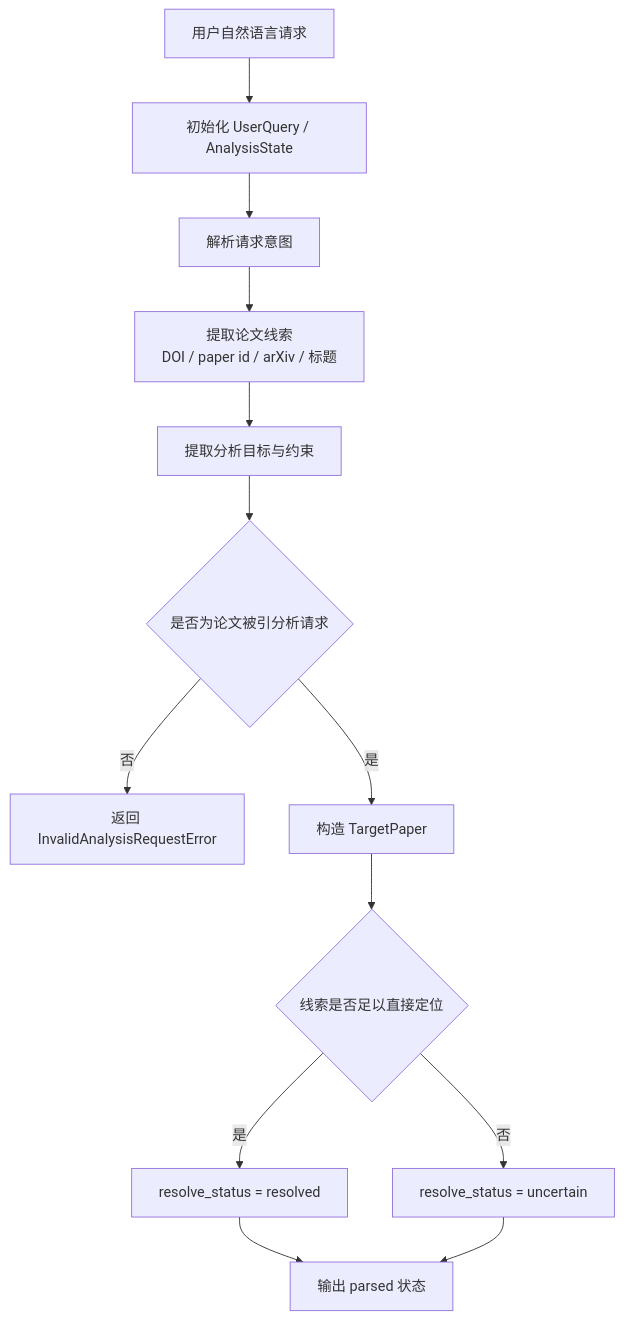
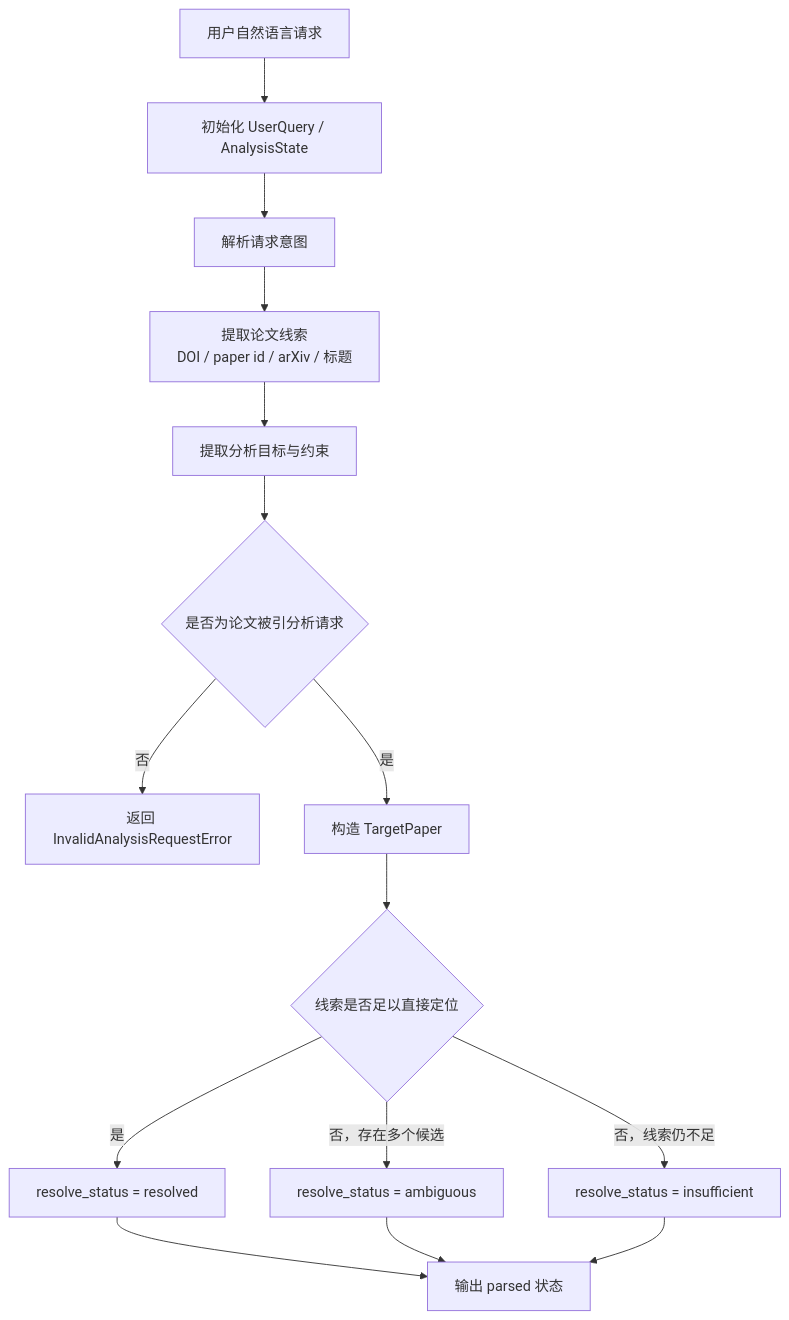
One commit to TimMCBen/CiteAnalyzer-Agent changed the diagram in docs/exec-plans/active/2026-04-24-citation-analysis-mvp.md. Above: the diagram before and after it, drawn with Mermaid. The commit also changed other lines of this file and 6 other files, not shown here.

First line of the commit message:
Clarify agent-flow diagrams and stage-plan boundaries

````diff
--- a/docs/exec-plans/active/2026-04-24-citation-analysis-mvp.md
+++ b/docs/exec-plans/active/2026-04-24-citation-analysis-mvp.md
@@ -132,28 +132,31 @@
 ```mermaid
 flowchart TD
     user_input["用户自然语言请求"]
     init_state["初始化 UserQuery / AnalysisState"]
     parse_intent["解析请求意图"]
     extract_clue["提取论文线索<br/>DOI / paper id / arXiv / 标题"]
     extract_goal["提取分析目标与约束"]
     validate_request{"是否为论文被引分析请求"}
     invalid_request["返回 InvalidAnalysisRequestError"]
     build_target["构造 TargetPaper"]
     resolve_status{"线索是否足以直接定位"}
     resolved["resolve_status = resolved"]
-    uncertain["resolve_status = uncertain"]
+    ambiguous["resolve_status = ambiguous"]
+    insufficient["resolve_status = insufficient"]
     parsed_state["输出 parsed 状态"]
 
     user_input --> init_state
     init_state --> parse_intent
     parse_intent --> extract_clue
     extract_clue --> extract_goal
     extract_goal --> validate_request
     validate_request -- 否 --> invalid_request
     validate_request -- 是 --> build_target
     build_target --> resolve_status
     resolve_status -- 是 --> resolved
-    resolve_status -- 否 --> uncertain
+    resolve_status -- 否，存在多个候选 --> ambiguous
+    resolve_status -- 否，线索仍不足 --> insufficient
     resolved --> parsed_state
-    uncertain --> parsed_state
+    ambiguous --> parsed_state
+    insufficient --> parsed_state
 ```
````
